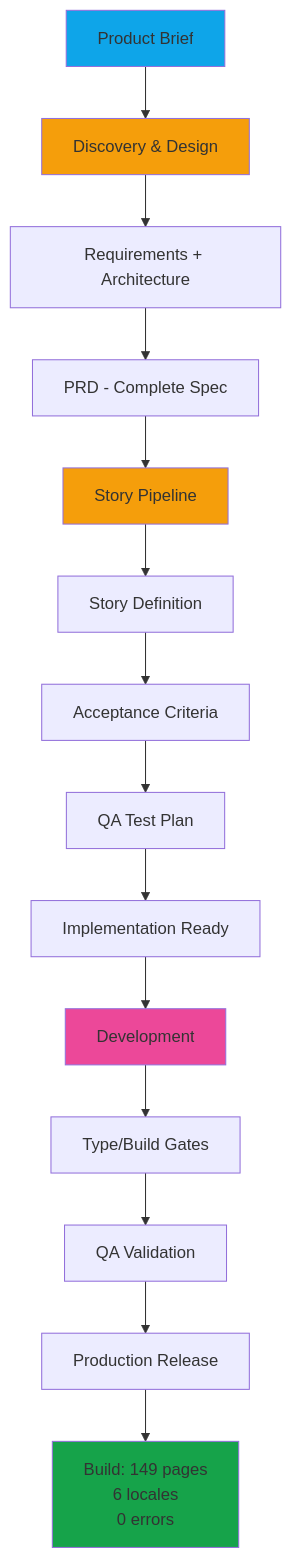
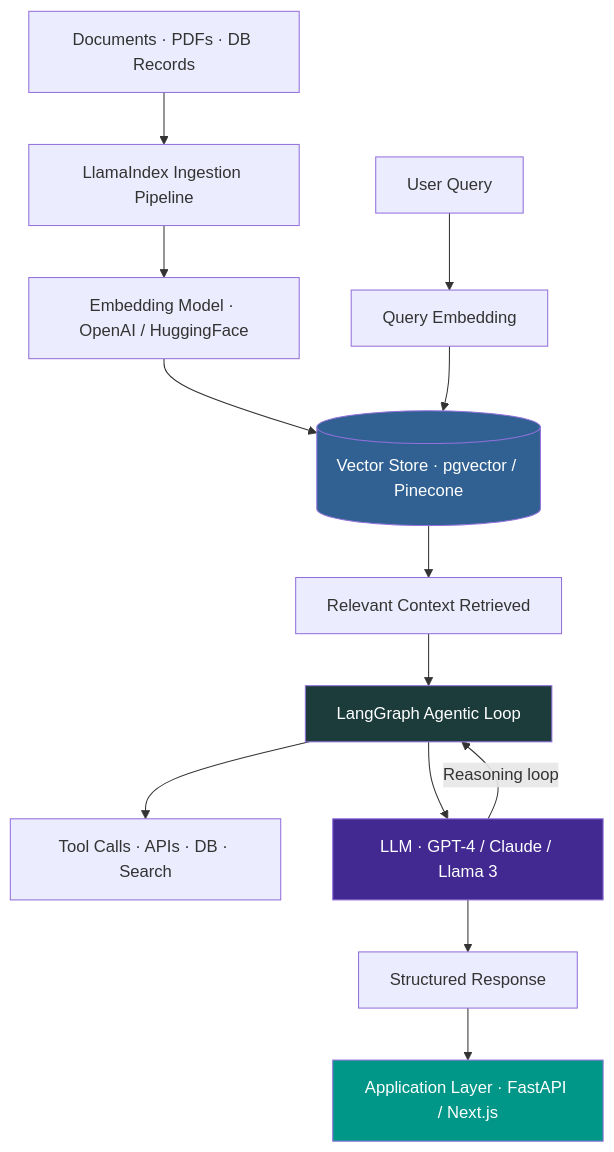
The second of 2 diagrams in README.md (Robertgaraban/Robertgaraban), drawn with Mermaid before and after one commit. The commit also changed other lines of this file, not shown here.

Commit message:
feat: full 2026 stack overhaul — AI Engineering section (RAG/LangGraph/LlamaIndex/pgvector), Solutions Architecture (Terraform/K8s/AWS/Azure/IaC), Python+FastAPI+NestJS+Pinecone+Ollama+Llama3+RabbitMQ, system architecture Mermaid diagram, per-role Open to Roles

````diff
--- a/README.md
+++ b/README.md
@@ -29,26 +217,23 @@
 ```mermaid
-flowchart TD
-    A[Product Brief] --> B[Discovery & Design]
-    
-    B --> C[Requirements + Architecture]
-    C --> D[PRD - Complete Spec]
-    D --> E[Story Pipeline]
-    
-    E --> F[Story Definition]
-    F --> G[Acceptance Criteria]
-    G --> H[QA Test Plan]
-    H --> I[Implementation Ready]
-    
-    I --> J[Development]
-    J --> K[Type/Build Gates]
-    K --> L[QA Validation]
-    L --> M[Production Release]
-    
-    M --> N["Build: 149 pages<br/>6 locales<br/>0 errors"]
-    
-    style A fill:#0ea5e9
-    style N fill:#16a34a
-    style B fill:#f59e0b
-    style E fill:#f59e0b
-    style J fill:#ec4899
+graph TD
+    DOC[Documents · PDFs · DB Records] --> ING[LlamaIndex Ingestion Pipeline]
+    ING --> EMB[Embedding Model · OpenAI / HuggingFace]
+    EMB --> VS[(Vector Store · pgvector / Pinecone)]
+
+    U[User Query] --> QE[Query Embedding]
+    QE --> VS
+    VS --> CTX[Relevant Context Retrieved]
+
+    CTX --> LG[LangGraph Agentic Loop]
+    LG --> TOOLS[Tool Calls · APIs · DB · Search]
+    LG --> LLM[LLM · GPT-4 / Claude / Llama 3]
+    LLM --> OUT[Structured Response]
+    LLM --> |Reasoning loop| LG
+
+    OUT --> APP[Application Layer · FastAPI / Next.js]
+
+    style VS fill:#316192,color:#fff
+    style LLM fill:#412991,color:#fff
+    style LG fill:#1C3C3C,color:#fff
+    style APP fill:#009688,color:#fff
 ```
````
